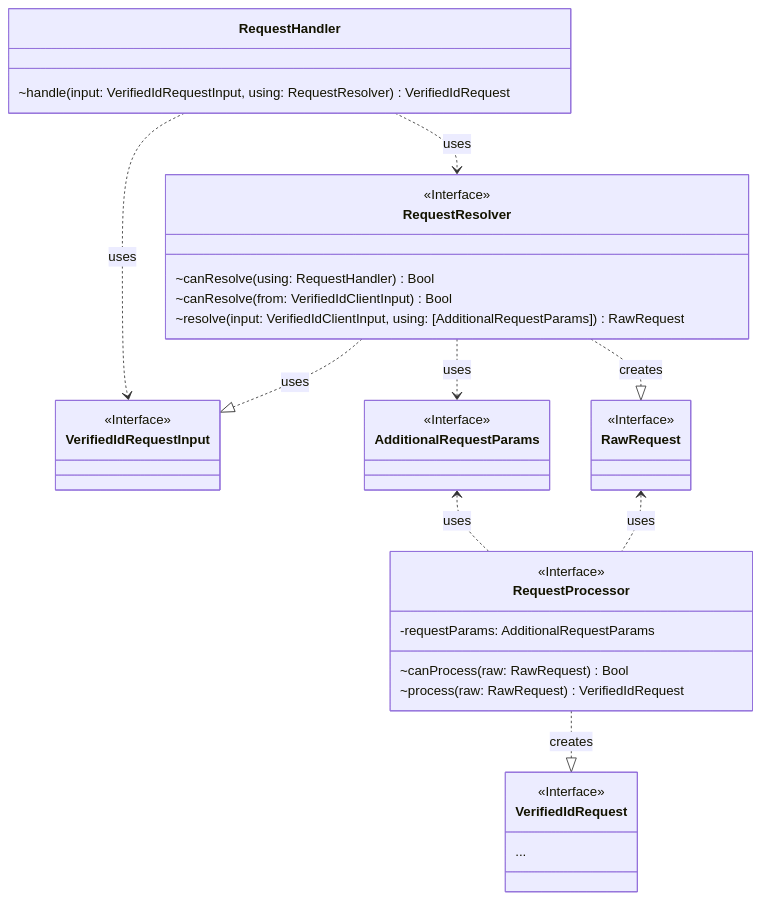
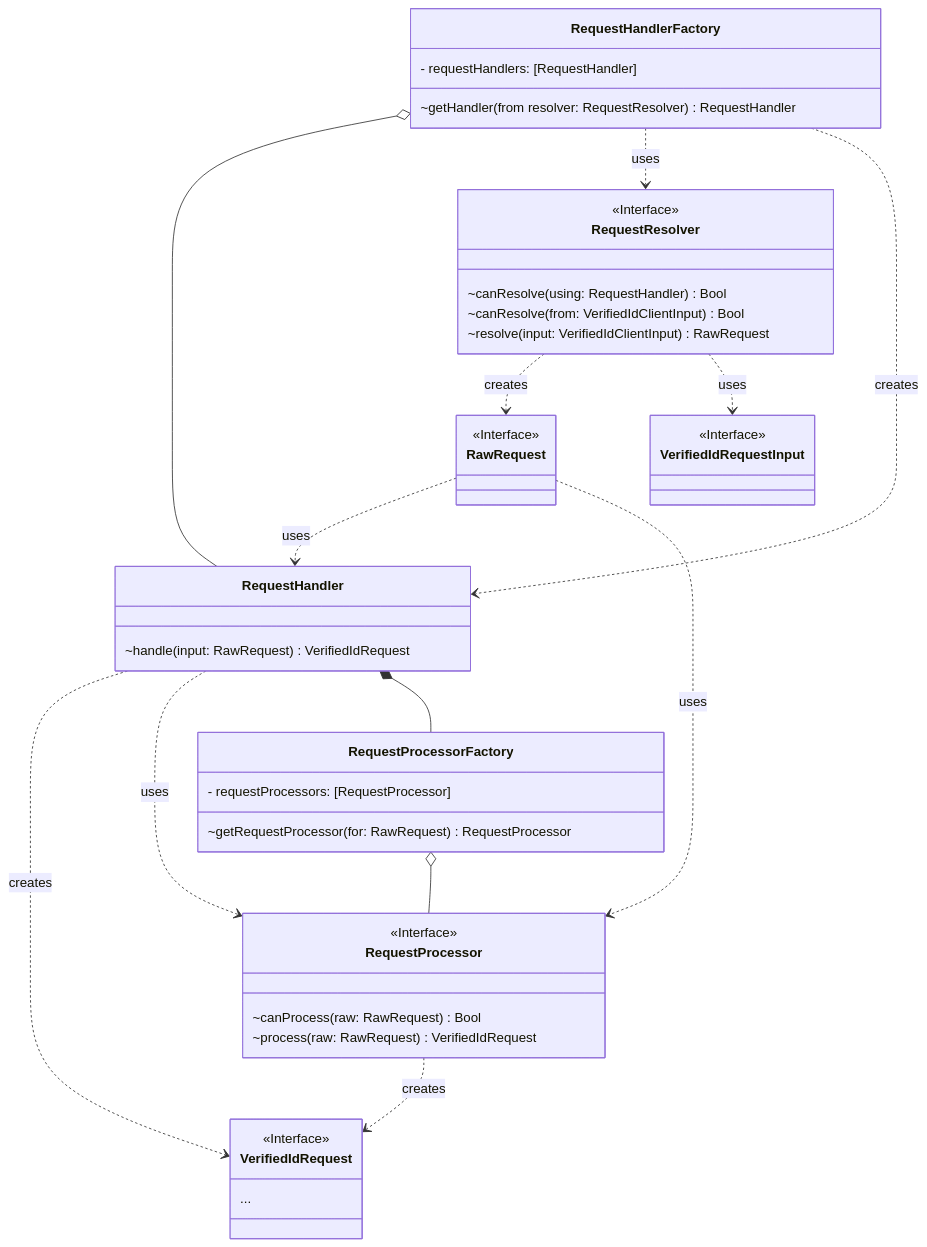
Before and after one commit to microsoft/entra-verifiedid-wallet-library-ios: the first of 2 diagrams in Docs/InternalArchitecture.md, drawn with Mermaid. The commit also changed other lines of this file and 1 other file, not shown here.

````diff
--- a/Docs/InternalArchitecture.md
+++ b/Docs/InternalArchitecture.md
@@ -5,33 +5,44 @@
 ```mermaid
 classDiagram
-RequestHandler ..> VerifiedIdRequestInput: uses
-RequestResolver ..> AdditionalRequestParams: uses
-RequestResolver ..|> RawRequest: creates
-RequestResolver ..|> VerifiedIdRequestInput: uses
-RequestHandler ..> RequestResolver: uses
-RequestProcessor ..|> VerifiedIdRequest: creates
-AdditionalRequestParams <.. RequestProcessor: uses
-RawRequest <.. RequestProcessor: uses
+class RequestHandlerFactory {
+    - requestHandlers: [RequestHandler]
+    ~getHandler(from resolver: RequestResolver) RequestHandler
+}
+RequestHandlerFactory o-- RequestHandler
+RequestHandlerFactory ..> RequestResolver: uses
+RequestHandlerFactory ..> RequestHandler: creates
+
+RawRequest ..> RequestHandler: uses
+RequestResolver ..> RawRequest: creates
+RequestResolver ..> VerifiedIdRequestInput: uses
+RequestProcessor ..> VerifiedIdRequest: creates
+RequestHandler ..> VerifiedIdRequest: creates
+RawRequest ..> RequestProcessor: uses
 <<Interface>> RequestResolver
 class RequestResolver {
     ~canResolve(using: RequestHandler) Bool
     ~canResolve(from: VerifiedIdClientInput) Bool
-    ~resolve(input: VerifiedIdClientInput, using: [AdditionalRequestParams]) RawRequest
+    ~resolve(input: VerifiedIdClientInput) RawRequest
 }
 class RequestHandler{
-    ~handle(input: VerifiedIdRequestInput, using: RequestResolver) VerifiedIdRequest
+    ~handle(input: RawRequest) VerifiedIdRequest
 }
 <<Interface>> VerifiedIdRequestInput
+class RequestProcessorFactory {
+    - requestProcessors: [RequestProcessor]
+    ~getRequestProcessor(for: RawRequest) RequestProcessor
+}
 <<Interface>> RequestProcessor
 class RequestProcessor {
-    -requestParams: AdditionalRequestParams
     ~canProcess(raw: RawRequest) Bool
     ~process(raw: RawRequest) VerifiedIdRequest
 }
-<<Interface>> AdditionalRequestParams
+RequestProcessorFactory o-- RequestProcessor
+RequestHandler ..> RequestProcessor: uses
+RequestHandler *-- RequestProcessorFactory
 <<Interface>> RawRequest
 <<Interface>> VerifiedIdRequest
 class VerifiedIdRequest {
     ...
 }
 ```
````
